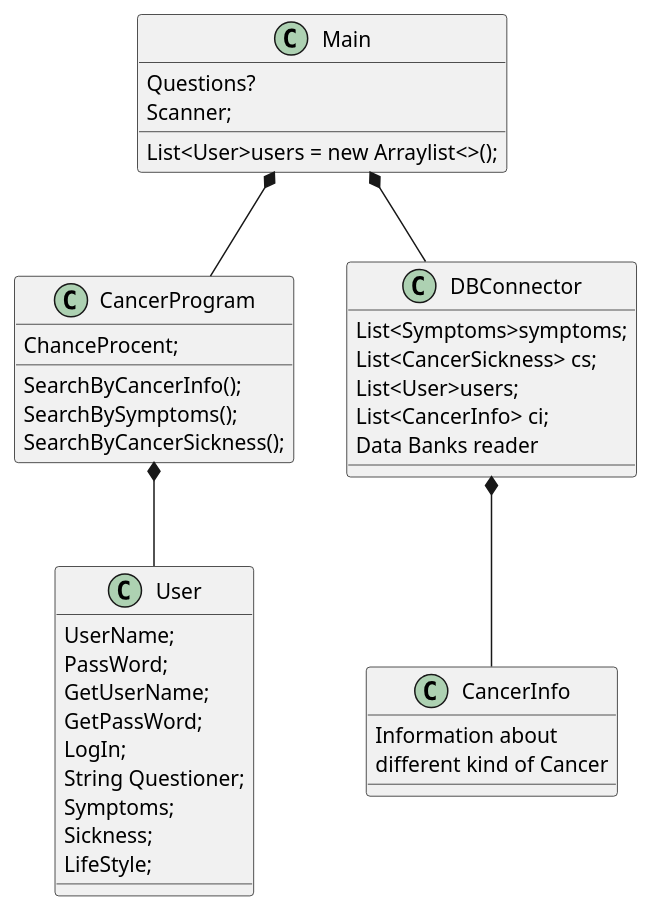
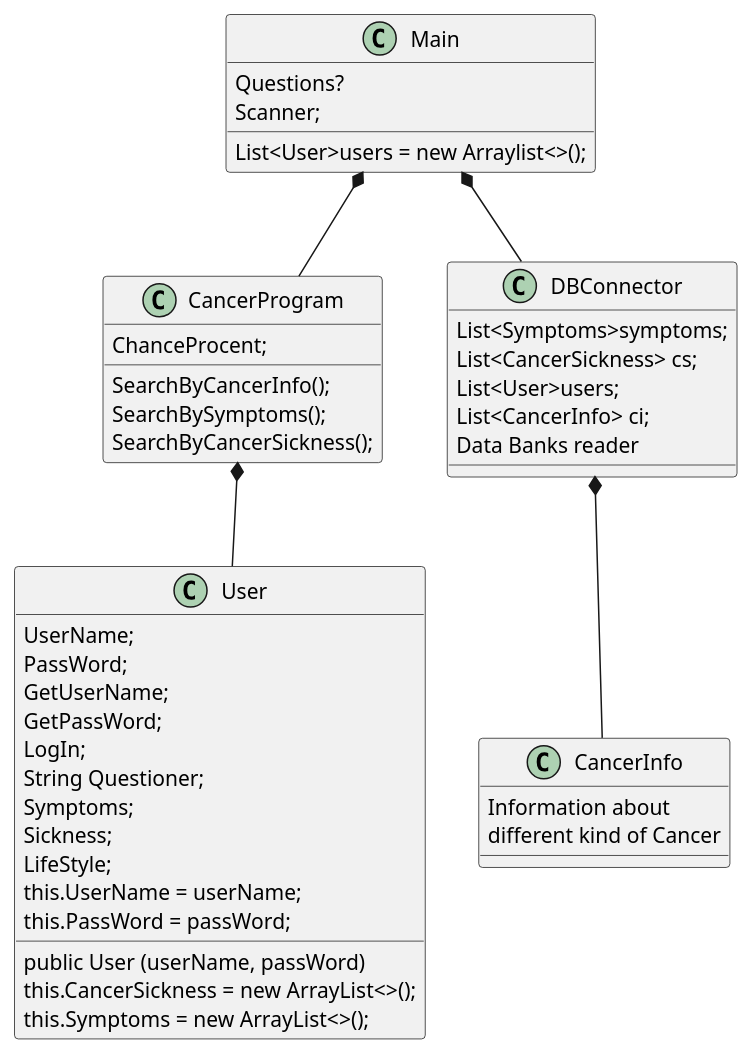
One commit to Fjumre/ICE-Gruppe-F changed the diagram in src/ICE Gruppe F.puml. Above: the diagram before and after it, drawn with PlantUML.

Commit message:
Update ICE Gruppe F.puml

```diff
--- a/src/ICE Gruppe F.puml
+++ b/src/ICE Gruppe F.puml
@@ -1,50 +1,56 @@
 @startuml
 'https://plantuml.com/sequence-diagram
 
 
 
 Class Main{
 Questions?
 Scanner;
 List<User>users = new Arraylist<>();
 }
 
 Class CancerProgram{
 ChanceProcent;
 SearchByCancerInfo();
 SearchBySymptoms();
 SearchByCancerSickness();
 }
 
 Class User{
 UserName;
 PassWord;
 GetUserName;
 GetPassWord;
 LogIn;
 String Questioner;
 Symptoms;
 Sickness;
 LifeStyle;
+public User (userName, passWord)
+this.UserName = userName;
+this.PassWord = passWord;
+this.CancerSickness = new ArrayList<>();
+this.Symptoms = new ArrayList<>();
 }
+
 
 Class CancerInfo{
 
 Information about
 different kind of Cancer
 }
 
 Class DBConnector{
 List<Symptoms>symptoms;
 List<CancerSickness> cs;
 List<User>users;
 List<CancerInfo> ci;
 Data Banks reader
 }
 
 Main *-- DBConnector
 Main *-- CancerProgram
 CancerProgram *-- User
 DBConnector *-- CancerInfo
 
 @enduml
```
